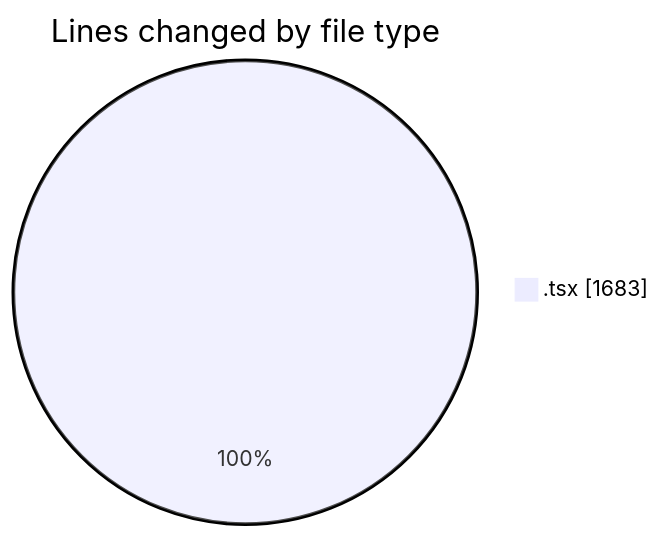
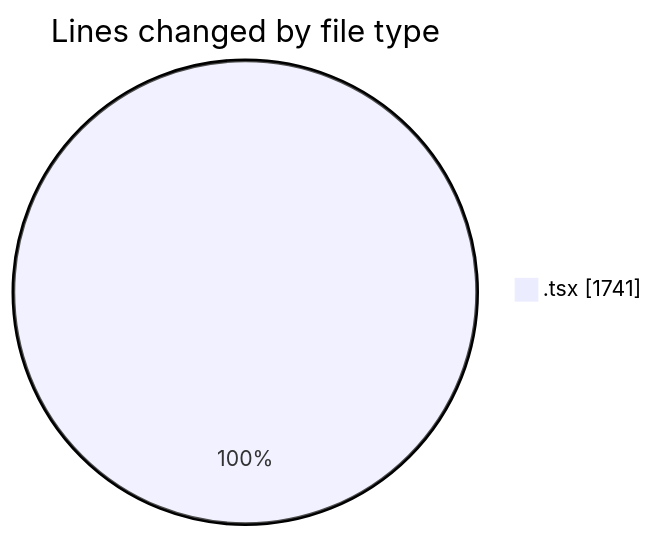
The first of 2 diagrams in 2025-06-20/modeljsondesigner/README.md (JenPaints/code-tracking), drawn with Mermaid before and after one commit. The commit also changed other lines of this file and 1 other file, not shown here.

````diff
--- a/2025-06-20/modeljsondesigner/README.md
+++ b/2025-06-20/modeljsondesigner/README.md
@@ -20,5 +21,5 @@
 ```mermaid
 pie showData
 title Lines changed by file type
-".tsx" : 1683
+".tsx" : 1741
 ```
````
